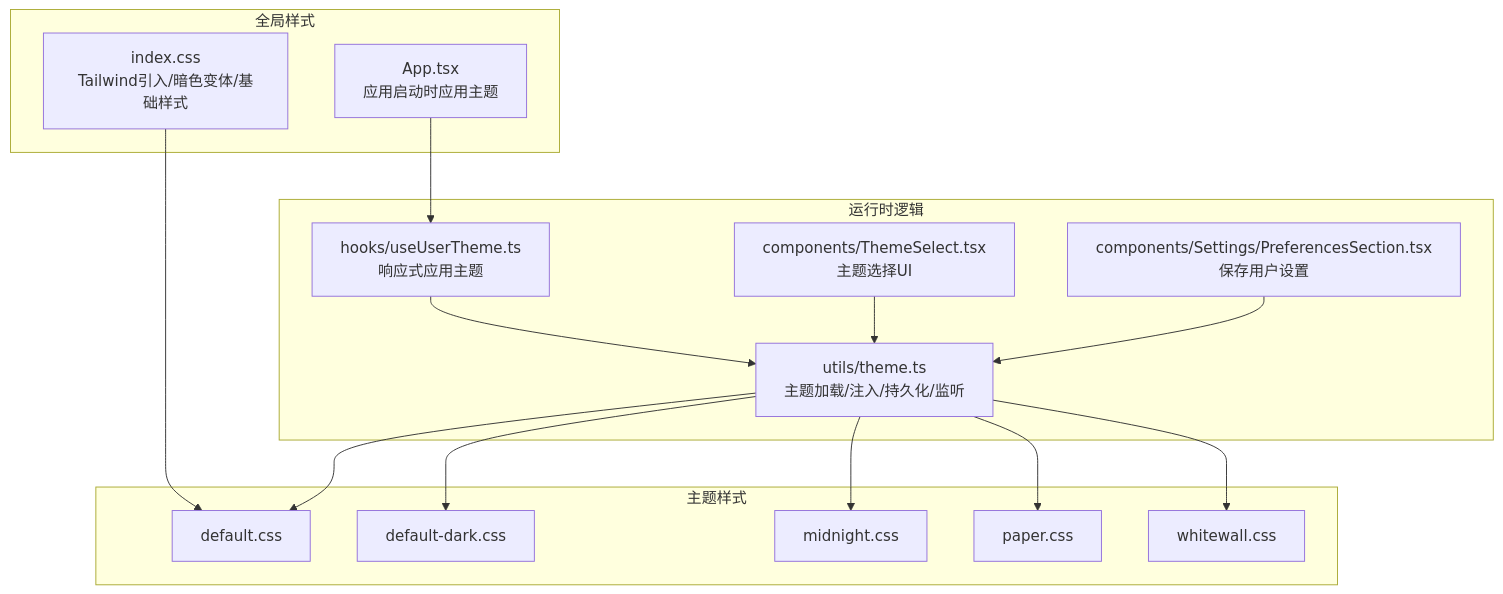
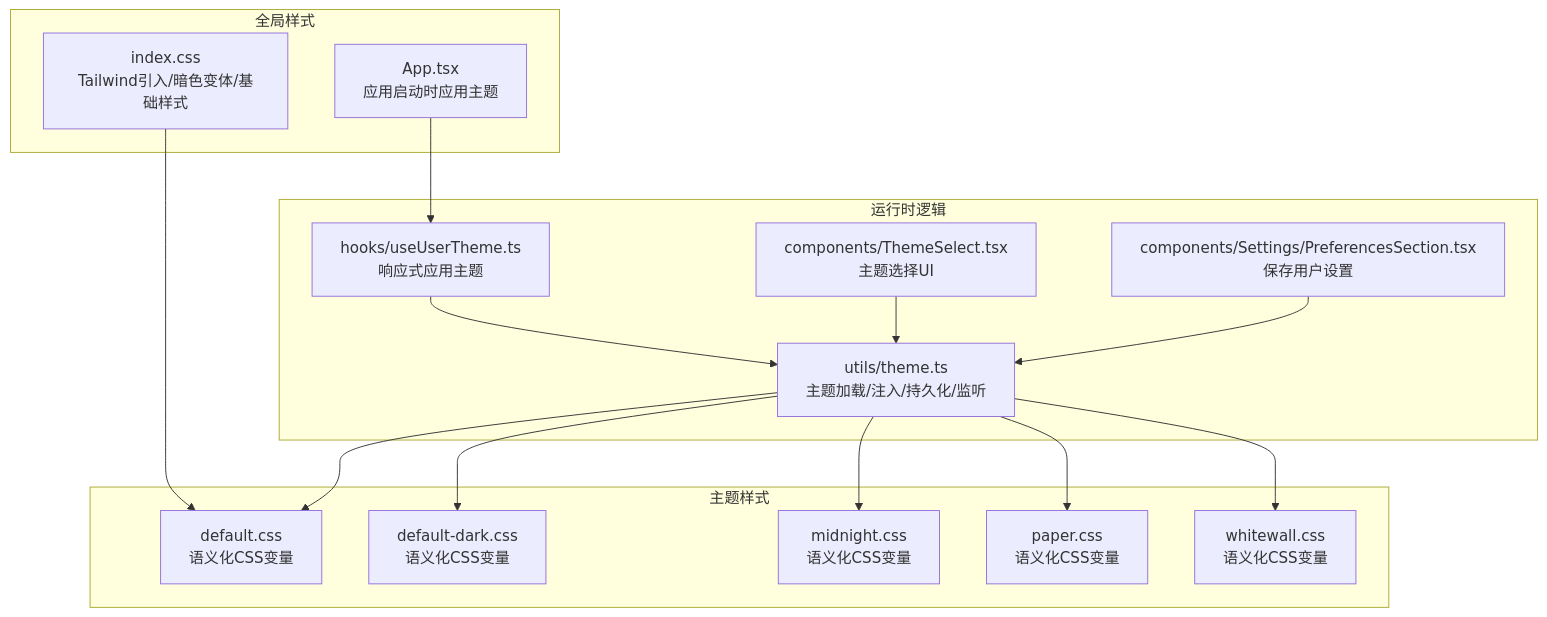
The first of 6 diagrams in .qoder/repowiki/zh/content/前端应用架构/主题系统与定制化.md (hrygo/memos), drawn with Mermaid before and after one commit. The commit also changed other lines of this file and 29 other files, not shown here.

````diff
--- a/.qoder/repowiki/zh/content/前端应用架构/主题系统与定制化.md
+++ b/.qoder/repowiki/zh/content/前端应用架构/主题系统与定制化.md
@@ -41,30 +48,30 @@
 ```mermaid
 graph TB
 subgraph "主题样式"
-D["default.css"]
-DD["default-dark.css"]
-M["midnight.css"]
-P["paper.css"]
-W["whitewall.css"]
+D["default.css<br/>语义化CSS变量"]
+DD["default-dark.css<br/>语义化CSS变量"]
+M["midnight.css<br/>语义化CSS变量"]
+P["paper.css<br/>语义化CSS变量"]
+W["whitewall.css<br/>语义化CSS变量"]
 end
 subgraph "运行时逻辑"
 UT["utils/theme.ts<br/>主题加载/注入/持久化/监听"]
 UHT["hooks/useUserTheme.ts<br/>响应式应用主题"]
 TS["components/ThemeSelect.tsx<br/>主题选择UI"]
 PS["components/Settings/PreferencesSection.tsx<br/>保存用户设置"]
 end
 subgraph "全局样式"
 IC["index.css<br/>Tailwind引入/暗色变体/基础样式"]
 APP["App.tsx<br/>应用启动时应用主题"]
 end
 IC --> D
 UT --> D
 UT --> DD
 UT --> M
 UT --> P
 UT --> W
 UHT --> UT
 TS --> UT
 PS --> UT
 APP --> UHT
 ```
````
